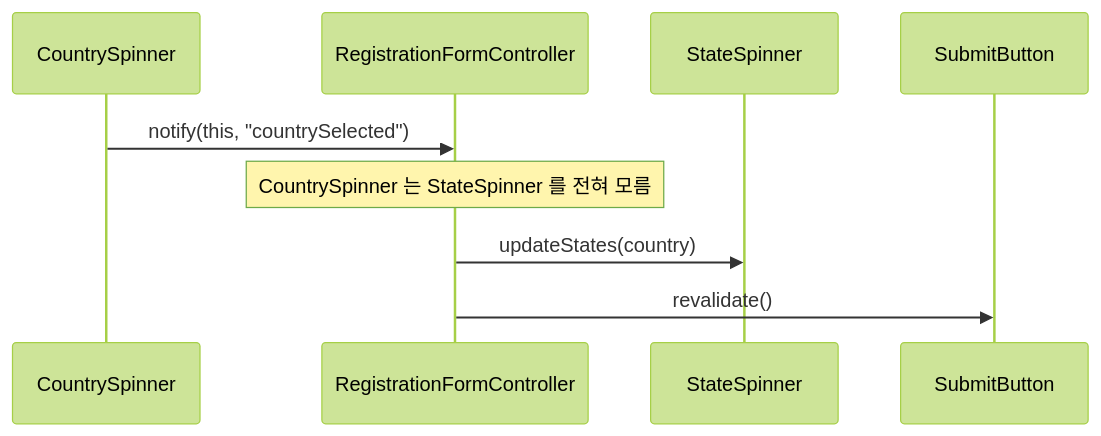
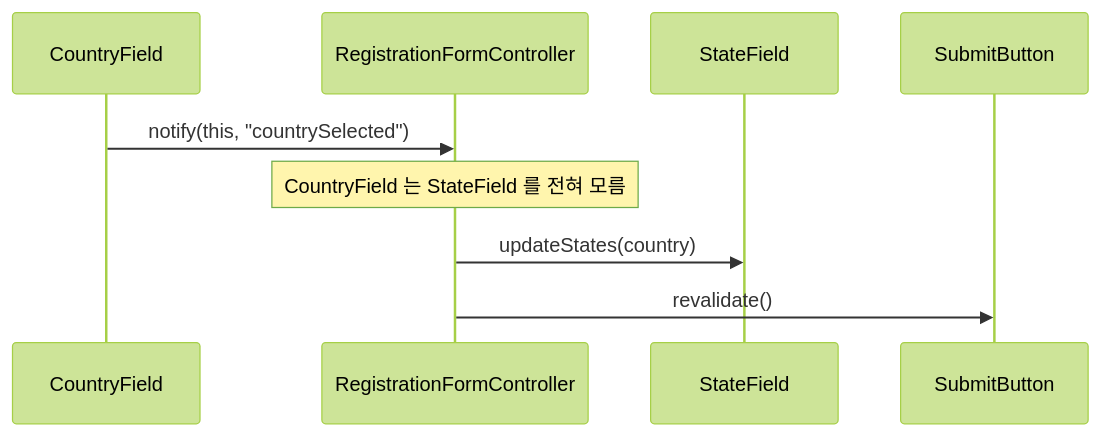
Before and after one commit to youngmin-gwon/what-i-studied: the second of 3 diagrams in 02_references/oop/design_pattern/behavioral/Mediator Pattern.md, drawn with Mermaid (forest theme). The commit also changed other lines of this file and 20 other files, not shown here.

````diff
--- a/02_references/oop/design_pattern/behavioral/Mediator Pattern.md
+++ b/02_references/oop/design_pattern/behavioral/Mediator Pattern.md
@@ -51,12 +47,12 @@
 ```mermaid
 sequenceDiagram
-    participant Country as CountrySpinner
+    participant Country as CountryField
     participant Mediator as RegistrationFormController
-    participant State as StateSpinner
+    participant State as StateField
     participant Submit as SubmitButton
 
     Country->>Mediator: notify(this, "countrySelected")
-    Note over Mediator: CountrySpinner 는 StateSpinner 를 전혀 모름
+    Note over Mediator: CountryField 는 StateField 를 전혀 모름
     Mediator->>State: updateStates(country)
     Mediator->>Submit: revalidate()
 ```
````
